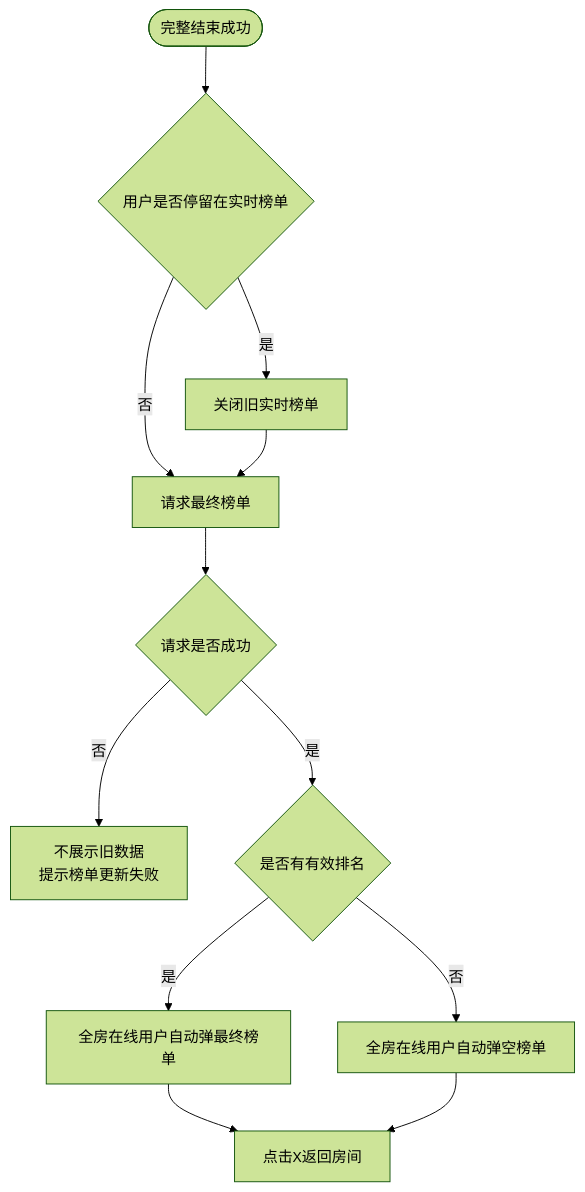
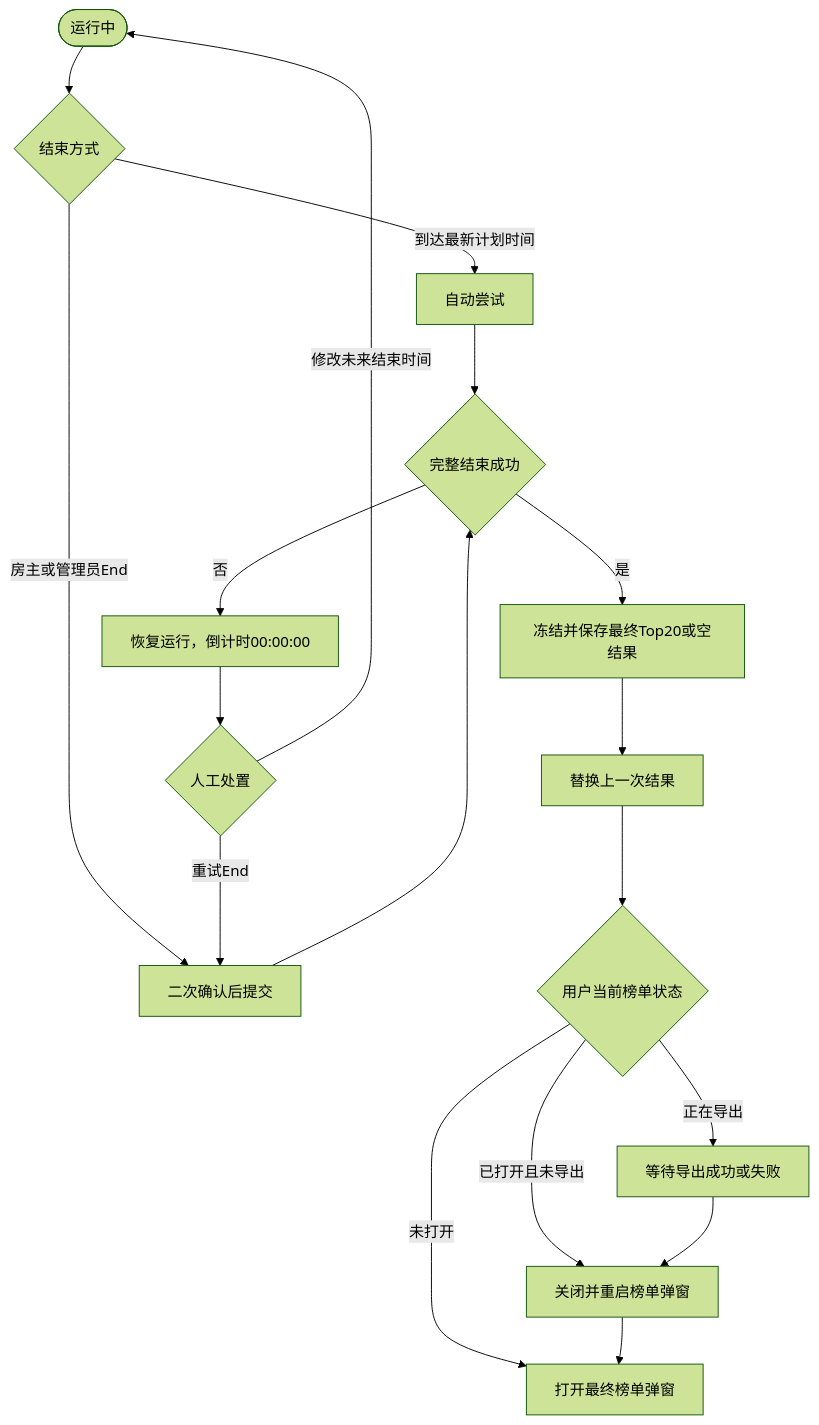
Before and after one commit to Chawucikela/TOP-KHALIJ: the fourth of 5 diagrams in 钻石计数器/钻石计数器-PRD.md, drawn with Mermaid (forest theme). The commit also changed other lines of this file and 16 other files, not shown here.

````diff
--- a/钻石计数器/钻石计数器-PRD.md
+++ b/钻石计数器/钻石计数器-PRD.md
@@ -773,14 +502,20 @@
 ```mermaid
 flowchart TD
-    A([完整结束成功]) --> B{用户是否停留在实时榜单}
-    B -- 是 --> C[关闭旧实时榜单]
-    B -- 否 --> D[请求最终榜单]
-    C --> D
-    D --> E{请求是否成功}
-    E -- 否 --> F[不展示旧数据<br/>提示榜单更新失败]
-    E -- 是 --> G{是否有有效排名}
-    G -- 是 --> H[全房在线用户自动弹最终榜单]
-    G -- 否 --> I[全房在线用户自动弹空榜单]
-    H --> J[点击X返回房间]
-    I --> J
+ A([运行中]) --> B{结束方式}
+ B -- 到达最新计划时间 --> C[自动尝试]
+ B -- 房主或管理员End --> D[二次确认后提交]
+ C --> E{完整结束成功}
+ D --> E
+ E -- 否 --> F[恢复运行，倒计时00:00:00]
+ F --> G{人工处置}
+ G -- 重试End --> D
+ G -- 修改未来结束时间 --> A
+ E -- 是 --> H[冻结并保存最终Top20或空结果]
+ H --> I[替换上一次结果]
+ I --> J{用户当前榜单状态}
+ J -- 未打开 --> K[打开最终榜单弹窗]
+ J -- 已打开且未导出 --> L[关闭并重启榜单弹窗]
+ J -- 正在导出 --> M[等待导出成功或失败]
+ M --> L
+ L --> K
 ```
````
